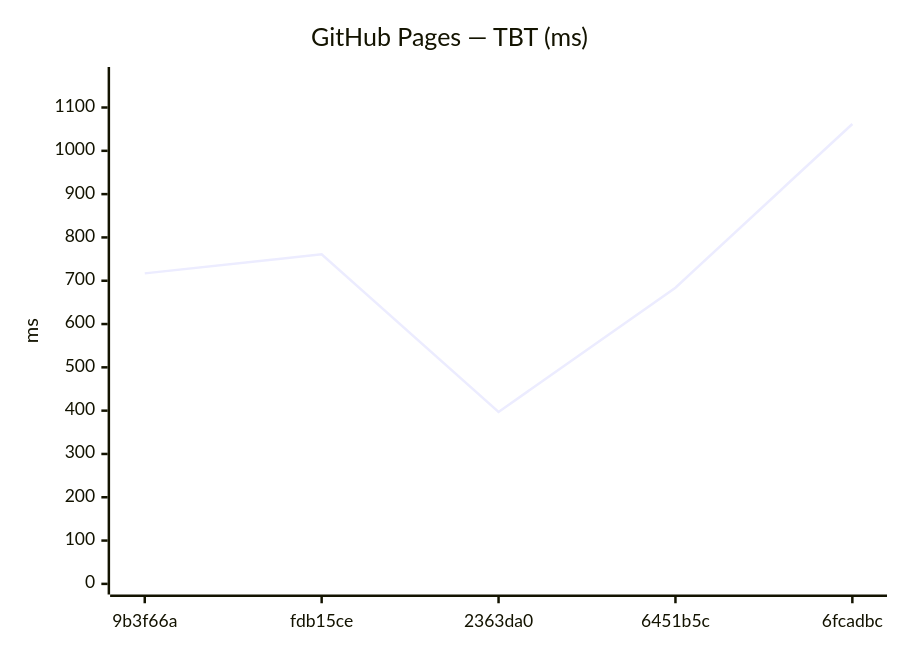
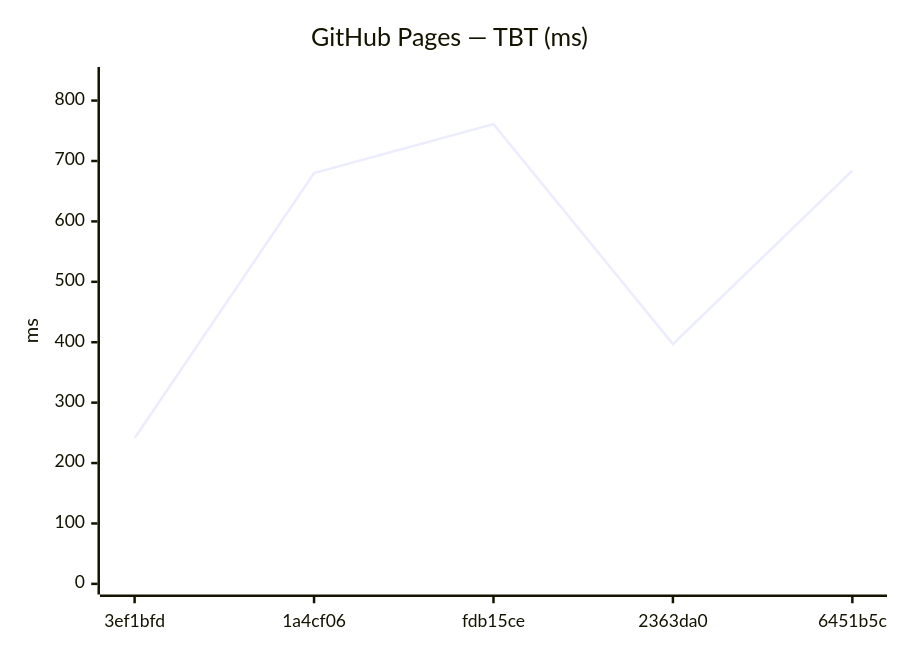
Before and after one commit to Metaheurist/Rianell: the eighth of 12 diagrams in benchmarks/compare.md, drawn with Mermaid. The commit also changed other lines of this file and 8 other files, not shown here.

````diff
--- a/benchmarks/compare.md
+++ b/benchmarks/compare.md
@@ -114,7 +114,7 @@
 ```mermaid
 xychart-beta
     title "GitHub Pages — TBT (ms)"
-    x-axis ["9b3f66a", "fdb15ce", "2363da0", "6451b5c", "6fcadbc"]
-    y-axis "ms" 0 --> 1169
-    line [717, 761, 397, 684, 1062]
+    x-axis ["3ef1bfd", "1a4cf06", "fdb15ce", "2363da0", "6451b5c"]
+    y-axis "ms" 0 --> 838
+    line [241, 680, 761, 397, 684]
 ```
````
